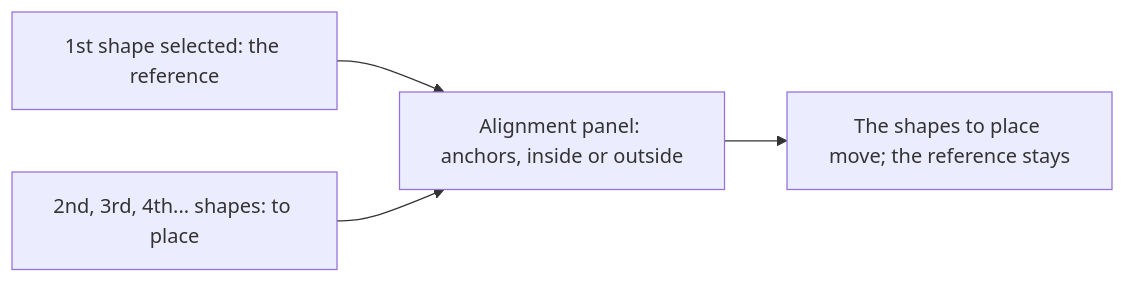
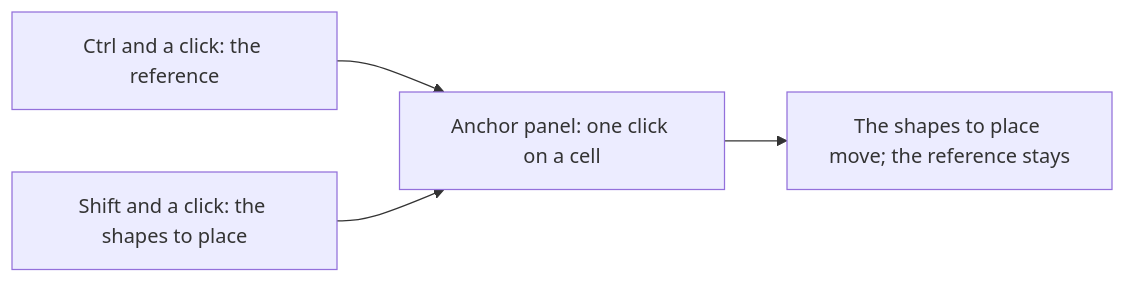
The second of 2 diagrams in symbols/06-alignment-mode/README.md (AlexandreGallais/synoptic-studio-spec), drawn with Mermaid before and after one commit. The commit also changed other lines of this file and 20 other files, not shown here.

````diff
--- a/symbols/06-alignment-mode/README.md
+++ b/symbols/06-alignment-mode/README.md
@@ -40,6 +64,6 @@
 ```mermaid
 flowchart LR
-    S1["1st shape selected: the reference"] --> P["Alignment panel: anchors, inside or outside"]
-    S2["2nd, 3rd, 4th... shapes: to place"] --> P
+    S1["Ctrl and a click: the reference"] --> P["Anchor panel: one click on a cell"]
+    S2["Shift and a click: the shapes to place"] --> P
     P --> R["The shapes to place move; the reference stays"]
 ```
````
